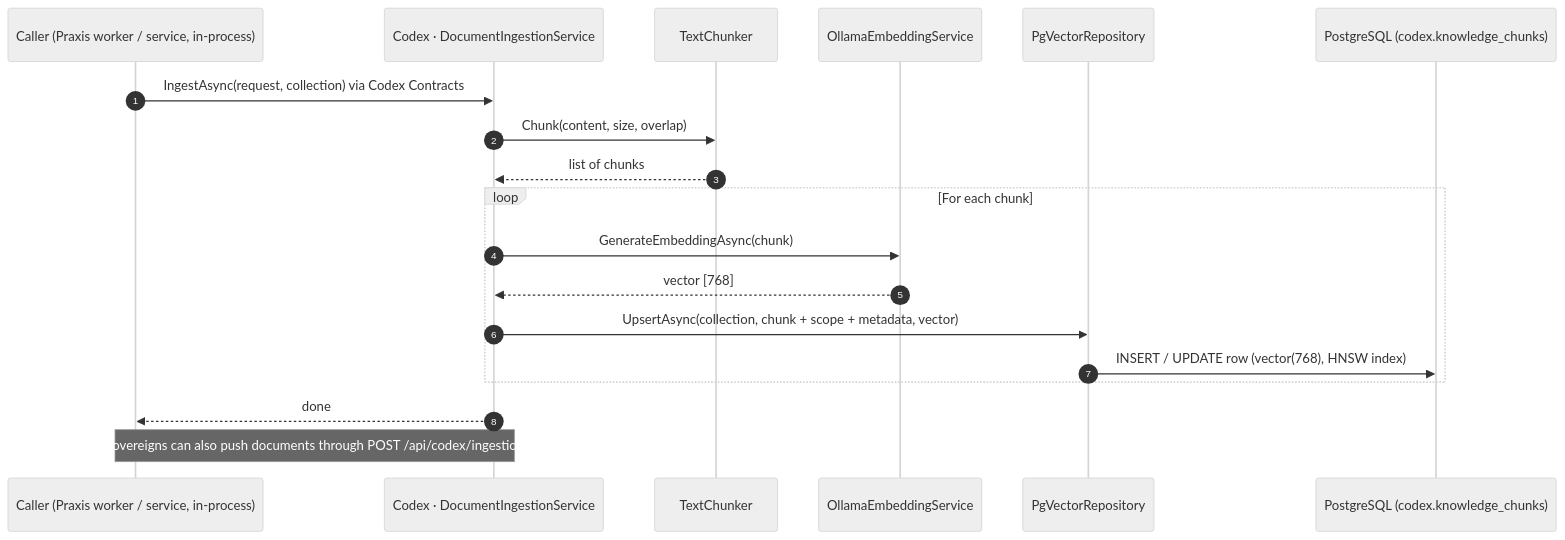
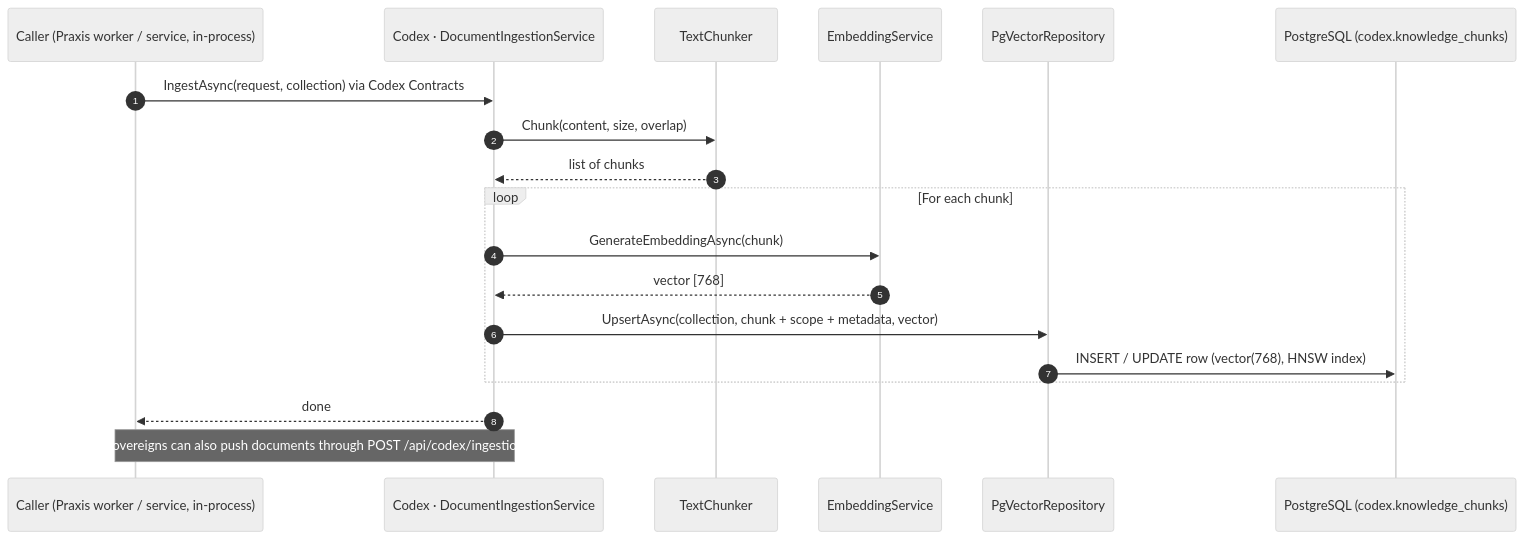
The diagram in docs/diagrams/rag-1-document-ingestion.md (mihailshterev/sentium), drawn with Mermaid (neutral theme) before and after one commit. The commit also changed 61 other files, not shown here.

````diff
--- a/docs/diagrams/rag-1-document-ingestion.md
+++ b/docs/diagrams/rag-1-document-ingestion.md
@@ -1,22 +1,22 @@
 ```mermaid
 sequenceDiagram
     autonumber
     participant C as Caller (Praxis worker / service, in-process)
     participant DI as Codex · DocumentIngestionService
     participant TC as TextChunker
-    participant EM as OllamaEmbeddingService
+    participant EM as EmbeddingService
     participant VR as PgVectorRepository
     participant PG as PostgreSQL (codex.knowledge_chunks)
 
     C->>DI: IngestAsync(request, collection) via Codex Contracts
     DI->>TC: Chunk(content, size, overlap)
     TC-->>DI: list of chunks
     loop For each chunk
         DI->>EM: GenerateEmbeddingAsync(chunk)
         EM-->>DI: vector [768]
         DI->>VR: UpsertAsync(collection, chunk + scope + metadata, vector)
         VR->>PG: INSERT / UPDATE row (vector(768), HNSW index)
     end
     DI-->>C: done
     Note over C,DI: Sovereigns can also push documents through POST /api/codex/ingestion
 ```
````
